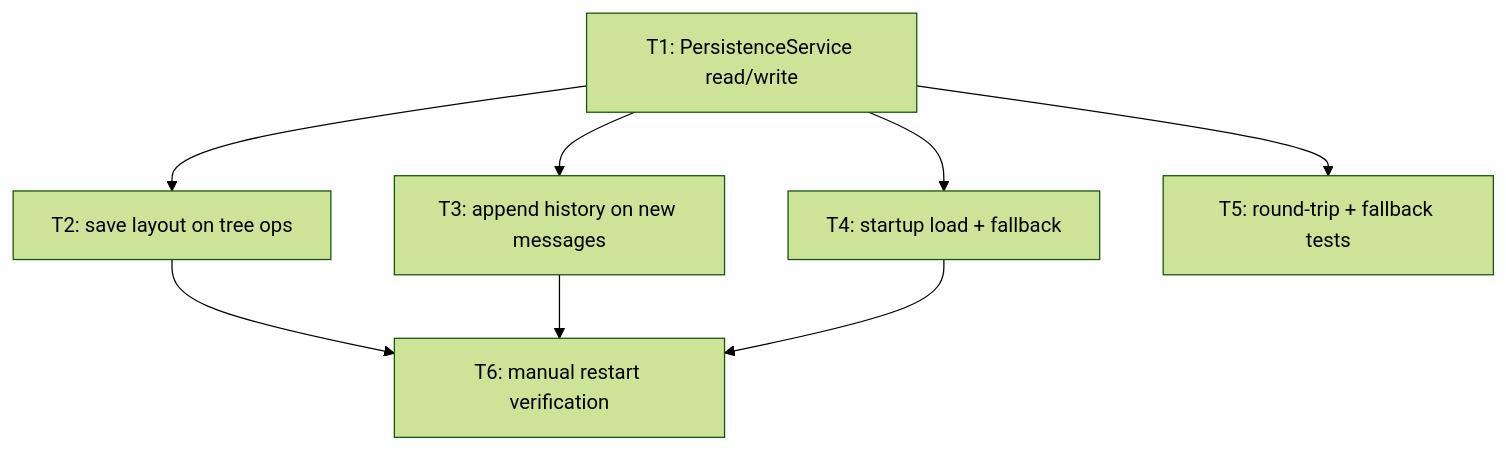
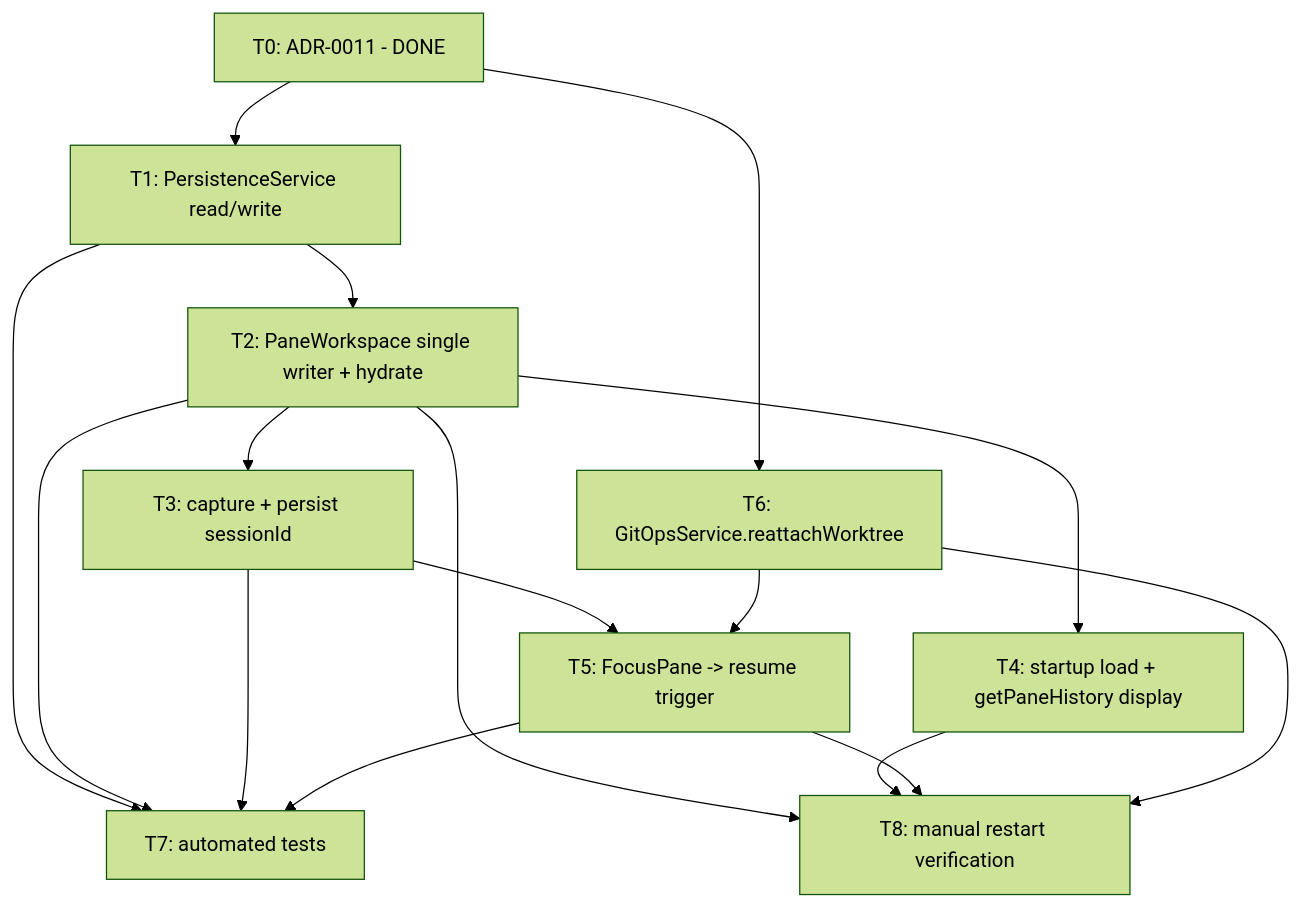
One commit to draekien/dia changed the diagram in .draekien/break-down-prd/dia-mvp/05-persistence-restart-restore.md. Above: the diagram before and after it, drawn with Mermaid (forest theme). The commit also changed other lines of this file and 3 other files, not shown here.

````diff
--- a/.draekien/break-down-prd/dia-mvp/05-persistence-restart-restore.md
+++ b/.draekien/break-down-prd/dia-mvp/05-persistence-restart-restore.md
@@ -21,16 +78,27 @@
 ```mermaid
 graph TD
+  T0[T0: ADR-0011 - DONE]
   T1[T1: PersistenceService read/write]
-  T2[T2: save layout on tree ops]
-  T3[T3: append history on new messages]
-  T4[T4: startup load + fallback]
-  T5[T5: round-trip + fallback tests]
-  T6[T6: manual restart verification]
+  T2[T2: PaneWorkspace single writer + hydrate]
+  T3[T3: capture + persist sessionId]
+  T4[T4: startup load + getPaneHistory display]
+  T5[T5: FocusPane -> resume trigger]
+  T6[T6: GitOpsService.reattachWorktree]
+  T7[T7: automated tests]
+  T8[T8: manual restart verification]
+  T0 --> T1
+  T0 --> T6
   T1 --> T2
-  T1 --> T3
-  T1 --> T4
-  T1 --> T5
-  T2 --> T6
-  T3 --> T6
-  T4 --> T6
+  T2 --> T3
+  T2 --> T4
+  T3 --> T5
+  T6 --> T5
+  T1 --> T7
+  T2 --> T7
+  T3 --> T7
+  T5 --> T7
+  T2 --> T8
+  T4 --> T8
+  T5 --> T8
+  T6 --> T8
 ```
````
